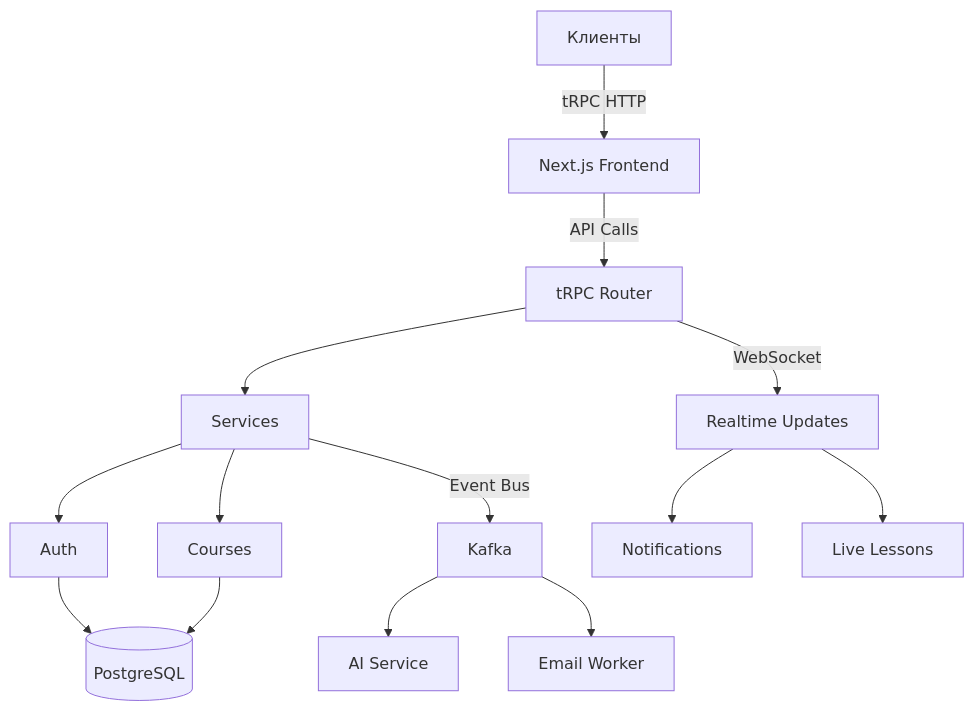
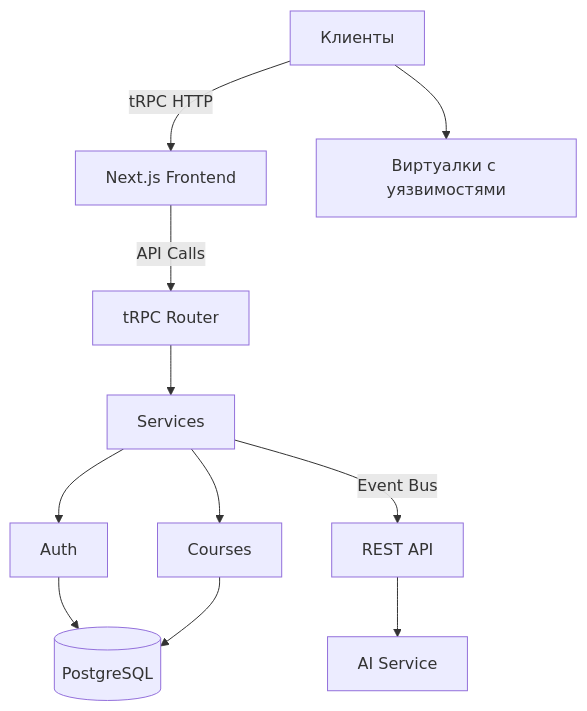
One commit to sqyyqs/nextgen-lms changed the diagram in README.md. Above: the diagram before and after it, drawn with Mermaid. The commit also changed other lines of this file and 1 other file, not shown here.

````diff
--- a/README.md
+++ b/README.md
@@ -3,20 +15,16 @@
 ```mermaid
 flowchart TD
     A[Клиенты] -->|tRPC HTTP| B[Next.js Frontend]
     B -->|API Calls| C[tRPC Router]
     C --> D[Services]
     D --> E[Auth]
     D --> F[Courses]
+    A --> U[Виртуалки с уязвимостями]
 
 
     E --> I[(PostgreSQL)]
     F --> I
 
-    C -->|WebSocket| L[Realtime Updates]
-    L --> M[Notifications]
-    L --> N[Live Lessons]
-
-    D -->|Event Bus| O[Kafka]
+    D -->|Event Bus| O[REST API]
     O --> P[AI Service]
-    O --> Q[Email Worker]
 ```
````
